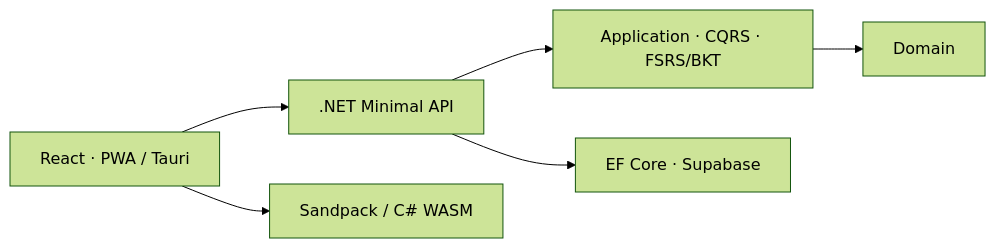
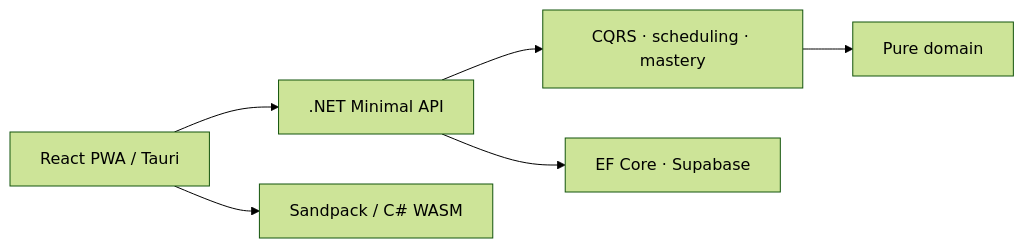
The diagram in README.md (Johan-Alvarez-Dev/sharply-case-study), drawn with Mermaid (forest theme) before and after one commit. The commit also changed other lines of this file and 15 other files, not shown here.

````diff
--- a/README.md
+++ b/README.md
@@ -31,8 +32,8 @@
 ```mermaid
 flowchart LR
-  PWA["React · PWA / Tauri"] --> API[".NET Minimal API"]
-  API --> App["Application · CQRS · FSRS/BKT"]
-  App --> Domain["Domain"]
+  Client["React PWA / Tauri"] --> API[".NET Minimal API"]
+  API --> Application["CQRS · scheduling · mastery"]
+  Application --> Domain["Pure domain"]
   API --> Infra["EF Core · Supabase"]
-  PWA --> Runner["Sandpack / C# WASM"]
+  Client --> Runners["Sandpack / C# WASM"]
 ```
````
